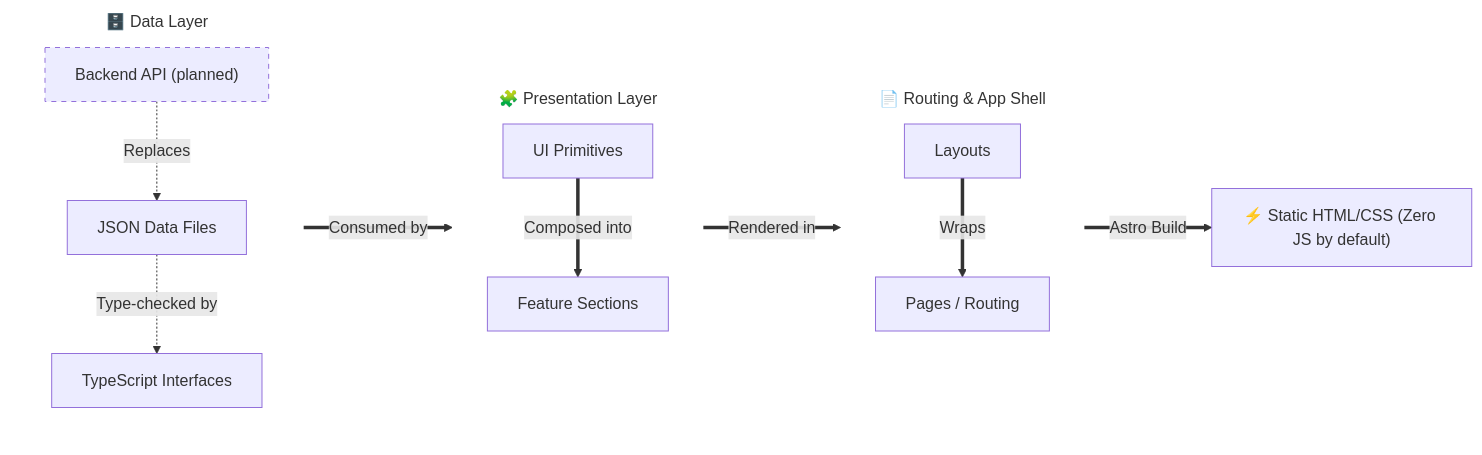
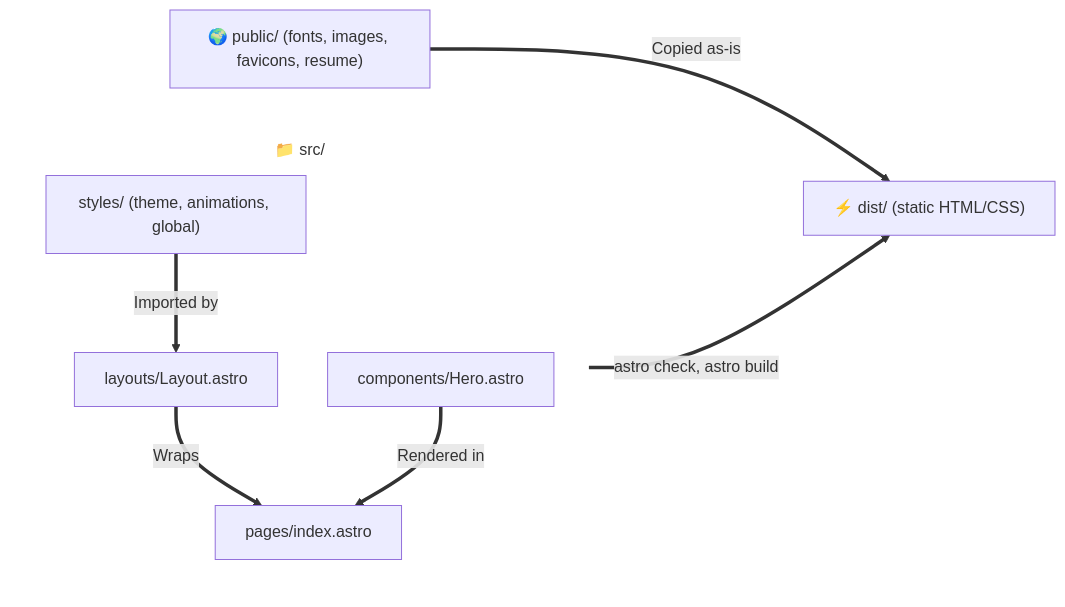
The diagram in docs/architecture.md (adiozeshitemi/adioz-profile), drawn with Mermaid before and after one commit. The commit also changed other lines of this file and 2 other files, not shown here.

````diff
--- a/docs/architecture.md
+++ b/docs/architecture.md
@@ -9,38 +9,22 @@
 ```mermaid
 flowchart LR
     %% Define invisible styling for subgraphs to remove backgrounds and borders
     classDef transparent fill:none,stroke:none;
-    classDef planned stroke-dasharray: 5 5;
 
-    subgraph DataLayer ["🗄️ Data Layer"]
+    subgraph Src ["📁 src/"]
         direction TB
-        API["Backend API (planned)"]
-        JSON[JSON Data Files]
-        Types[TypeScript Interfaces]
+        Styles["styles/ (theme, animations, global)"]
+        Layout["layouts/Layout.astro"]
+        Hero["components/Hero.astro"]
+        Page["pages/index.astro"]
     end
 
-    subgraph PresentationLayer ["🧩 Presentation Layer"]
-        direction TB
-        UI[UI Primitives]
-        Feature[Feature Sections]
-    end
-
-    subgraph AppShell ["📄 Routing & App Shell"]
-        direction TB
-        Layout[Layouts]
-        Pages[Pages / Routing]
-    end
-
-    API -.->|Replaces| JSON
-    JSON -.->|Type-checked by| Types
-    JSON ==>|Consumed by| Feature
-    UI ==>|Composed into| Feature
-    Feature ==>|Rendered in| Pages
-    Layout ==>|Wraps| Pages
-
-    Pages ==>|Astro Build| Static["⚡ Static HTML/CSS (Zero JS by default)"]
+    Styles ==>|Imported by| Layout
+    Layout ==>|Wraps| Page
+    Hero ==>|Rendered in| Page
+    Page ==>|astro check, astro build| Dist["⚡ dist/ (static HTML/CSS)"]
+    Public["🌍 public/ (fonts, images, favicons, resume)"] ==>|Copied as-is| Dist
 
     %% Apply transparent class to subgraphs
-    class DataLayer,PresentationLayer,AppShell transparent;
-    class API planned;
+    class Src transparent;
 ```
````
